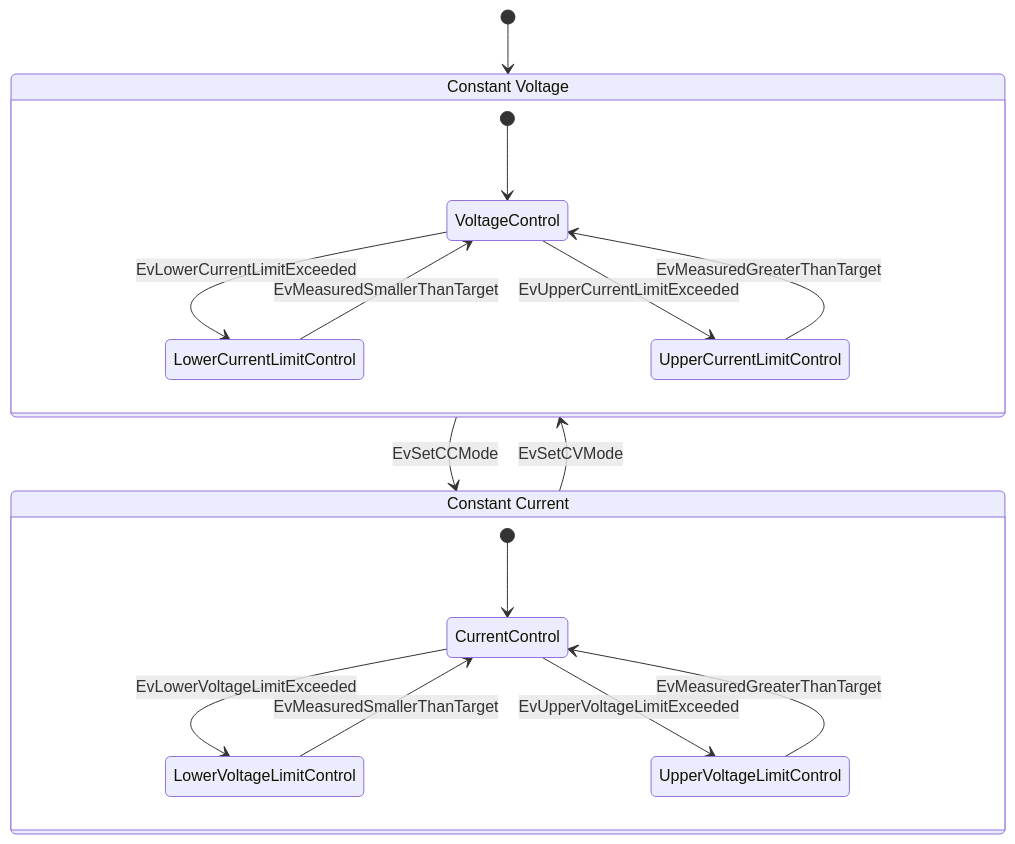
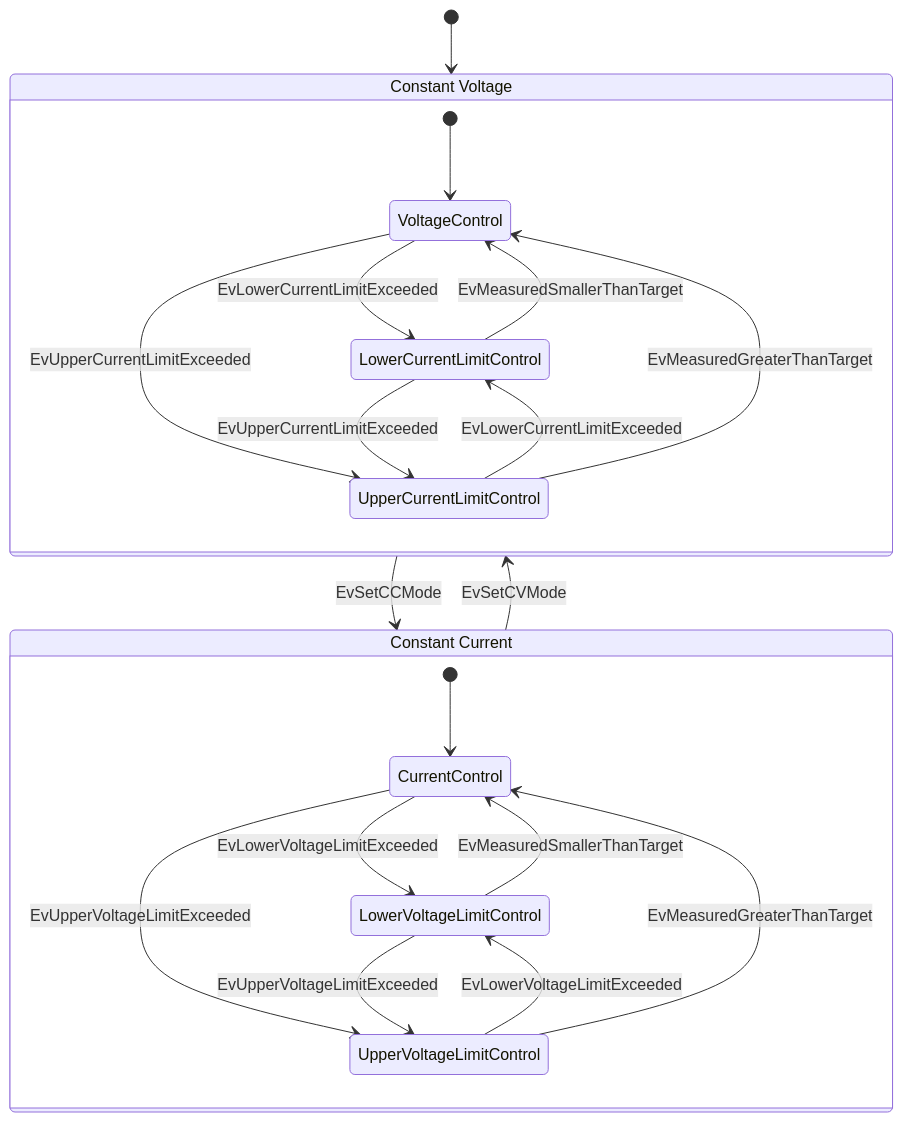
One commit to pascalguttmann/obat changed the diagram in docs/design/pss/limit-logic/mode-transition/statemachine.md. Above: the diagram before and after it, drawn with Mermaid. The commit also changed 4 other files, not shown here.

````diff
--- a/docs/design/pss/limit-logic/mode-transition/statemachine.md
+++ b/docs/design/pss/limit-logic/mode-transition/statemachine.md
@@ -7,24 +7,28 @@
 ```mermaid
 stateDiagram-v2
   [*] --> CV
   CV --> CC : EvSetCCMode
   CC --> CV : EvSetCVMode
 
   CV: Constant Voltage
   state CV {
     [*] --> VoltageControl
     VoltageControl --> LowerCurrentLimitControl : EvLowerCurrentLimitExceeded
+    UpperCurrentLimitControl --> LowerCurrentLimitControl : EvLowerCurrentLimitExceeded
     VoltageControl --> UpperCurrentLimitControl : EvUpperCurrentLimitExceeded
+    LowerCurrentLimitControl --> UpperCurrentLimitControl : EvUpperCurrentLimitExceeded
     LowerCurrentLimitControl --> VoltageControl : EvMeasuredSmallerThanTarget
     UpperCurrentLimitControl --> VoltageControl : EvMeasuredGreaterThanTarget
   }
 
   CC: Constant Current
   state CC {
     [*] --> CurrentControl
     CurrentControl --> LowerVoltageLimitControl : EvLowerVoltageLimitExceeded
+    UpperVoltageLimitControl --> LowerVoltageLimitControl : EvLowerVoltageLimitExceeded
     CurrentControl --> UpperVoltageLimitControl : EvUpperVoltageLimitExceeded
+    LowerVoltageLimitControl --> UpperVoltageLimitControl : EvUpperVoltageLimitExceeded
     LowerVoltageLimitControl --> CurrentControl : EvMeasuredSmallerThanTarget
     UpperVoltageLimitControl --> CurrentControl : EvMeasuredGreaterThanTarget
   }
 ```
````
